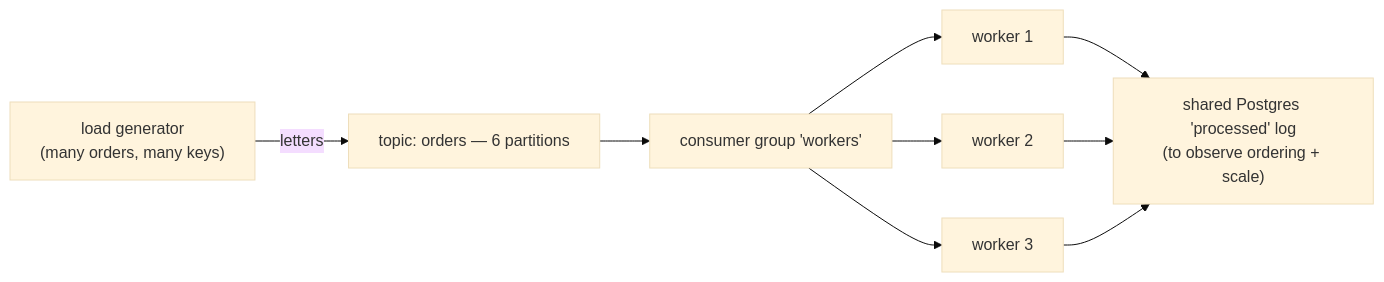
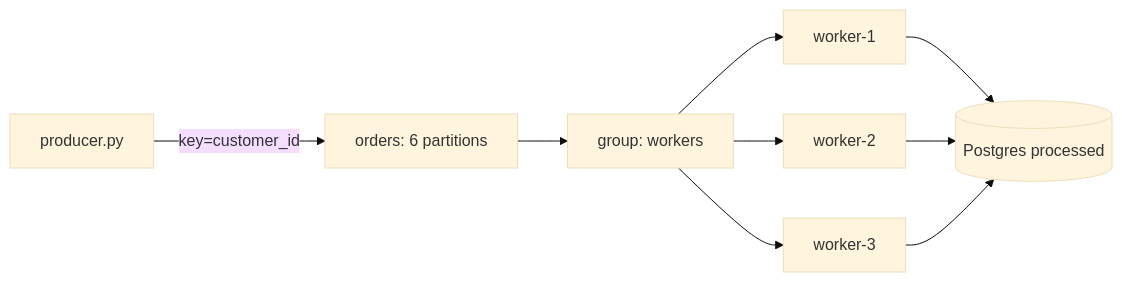
The diagram in docs/03-projects/p02-consumer-groups.md (dineshpabbi10/system-design-handson), drawn with Mermaid (base theme) before and after one commit. The commit also changed other lines of this file and 14 other files, not shown here.

````diff
--- a/docs/03-projects/p02-consumer-groups.md
+++ b/docs/03-projects/p02-consumer-groups.md
@@ -11,8 +11,11 @@
 ```mermaid
 flowchart LR
-    LCD["load generator<br/>(many orders, many keys)"] -->|"letters"| K["topic: orders — 6 partitions"]
-    K --> G["consumer group 'workers'"]
-    G --> W1["worker 1"]; G --> W2["worker 2"]; G --> W3["worker 3"]
-    W1 --> M["shared Postgres 'processed' log<br/>(to observe ordering + scale)"]
-    W2 --> M; W3 --> M
+    P["producer.py"] -->|"key=customer_id"| K["orders: 6 partitions"]
+    K --> G["group: workers"]
+    G --> W1["worker-1"]
+    G --> W2["worker-2"]
+    G --> W3["worker-3"]
+    W1 --> M[("Postgres processed")]
+    W2 --> M
+    W3 --> M
 ```
````
